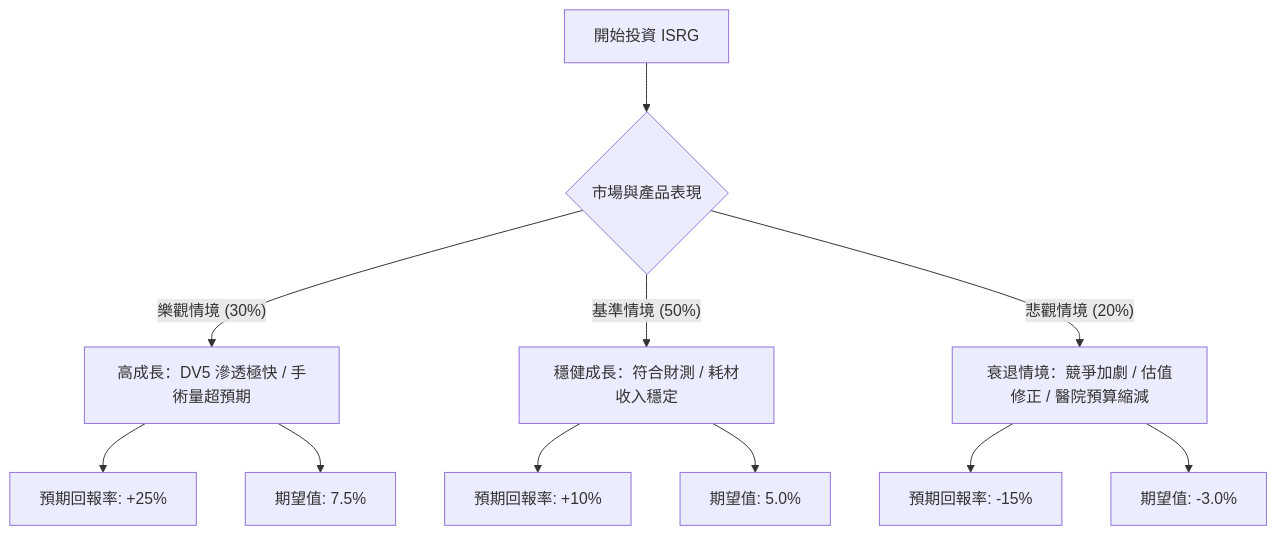
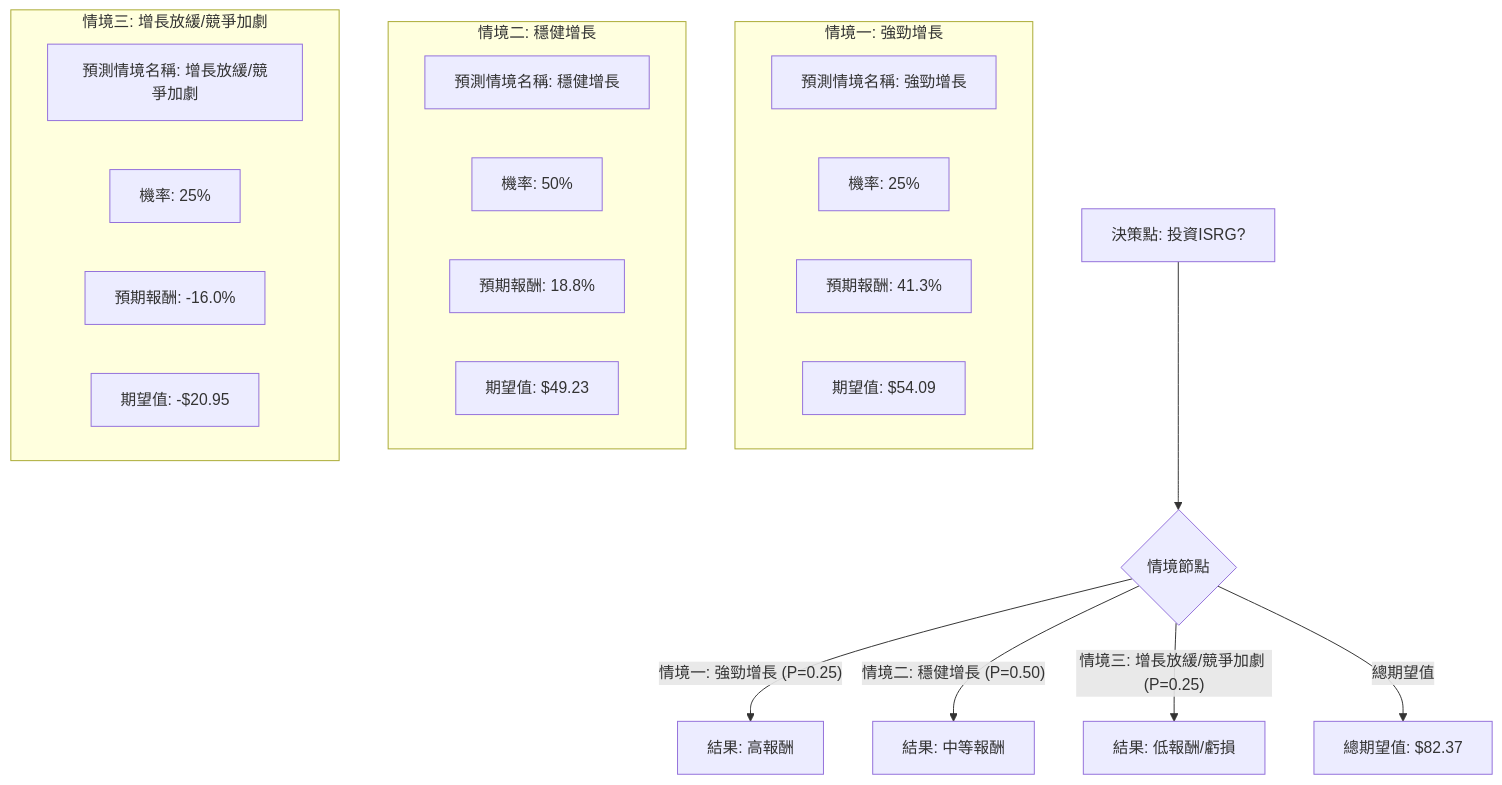
The diagram in plugin-react/ai-analysis/ev-analysis/ISRG.md (zmcx16/zmcx16.github.io), drawn with Mermaid before and after one commit. The commit also changed other lines of this file and 77 other files, not shown here.

````diff
--- a/plugin-react/ai-analysis/ev-analysis/ISRG.md
+++ b/plugin-react/ai-analysis/ev-analysis/ISRG.md
@@ -21,16 +22,30 @@
 ```mermaid
 graph TD
-    A[開始投資 ISRG] --> B{市場與產品表現}
-    
-    B -- 樂觀情境 (30%) --> C[高成長：DV5 滲透極快 / 手術量超預期]
-    C --> C1[預期回報率: +25%]
-    C --> C2[期望值: 7.5%]
+    A[決策點: 投資ISRG?] --> B{情境節點};
+    B -- 情境一: 強勁增長 (P=0.25) --> C[結果: 高報酬];
+    B -- 情境二: 穩健增長 (P=0.50) --> D[結果: 中等報酬];
+    B -- 情境三: 增長放緩/競爭加劇 (P=0.25) --> E[結果: 低報酬/虧損];
 
-    B -- 基準情境 (50%) --> D[穩健成長：符合財測 / 耗材收入穩定]
-    D --> D1[預期回報率: +10%]
-    D --> D2[期望值: 5.0%]
+    subgraph 情境一: 強勁增長
+        C_Name1[預測情境名稱: 強勁增長]
+        C_Prob1[機率: 25%]
+        C_Return1[預期報酬: 41.3%]
+        C_EV1[期望值: $54.09]
+    end
 
-    B -- 悲觀情境 (20%) --> E[衰退情境：競爭加劇 / 估值修正 / 醫院預算縮減]
-    E --> E1[預期回報率: -15%]
-    E --> E2[期望值: -3.0%]
+    subgraph 情境二: 穩健增長
+        D_Name1[預測情境名稱: 穩健增長]
+        D_Prob1[機率: 50%]
+        D_Return1[預期報酬: 18.8%]
+        D_EV1[期望值: $49.23]
+    end
+
+    subgraph 情境三: 增長放緩/競爭加劇
+        E_Name1[預測情境名稱: 增長放緩/競爭加劇]
+        E_Prob1[機率: 25%]
+        E_Return1[預期報酬: -16.0%]
+        E_EV1[期望值: -$20.95]
+    end
+
+    B -- 總期望值 --> F[總期望值: $82.37];
 ```
````
